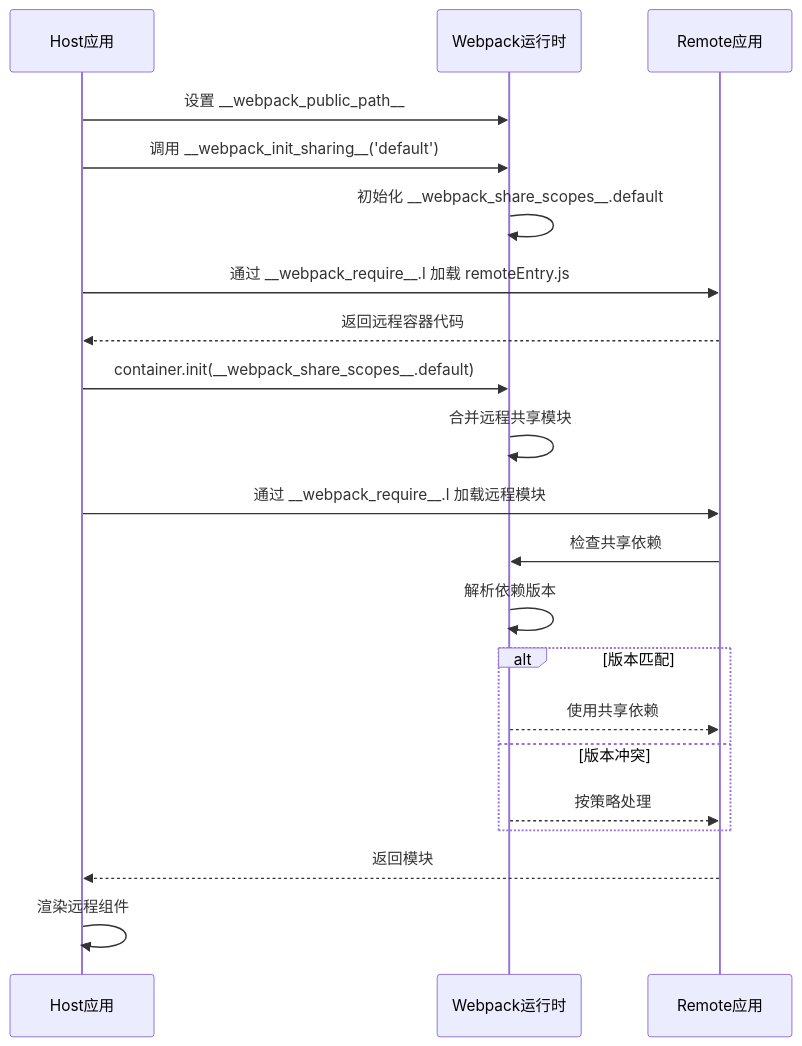
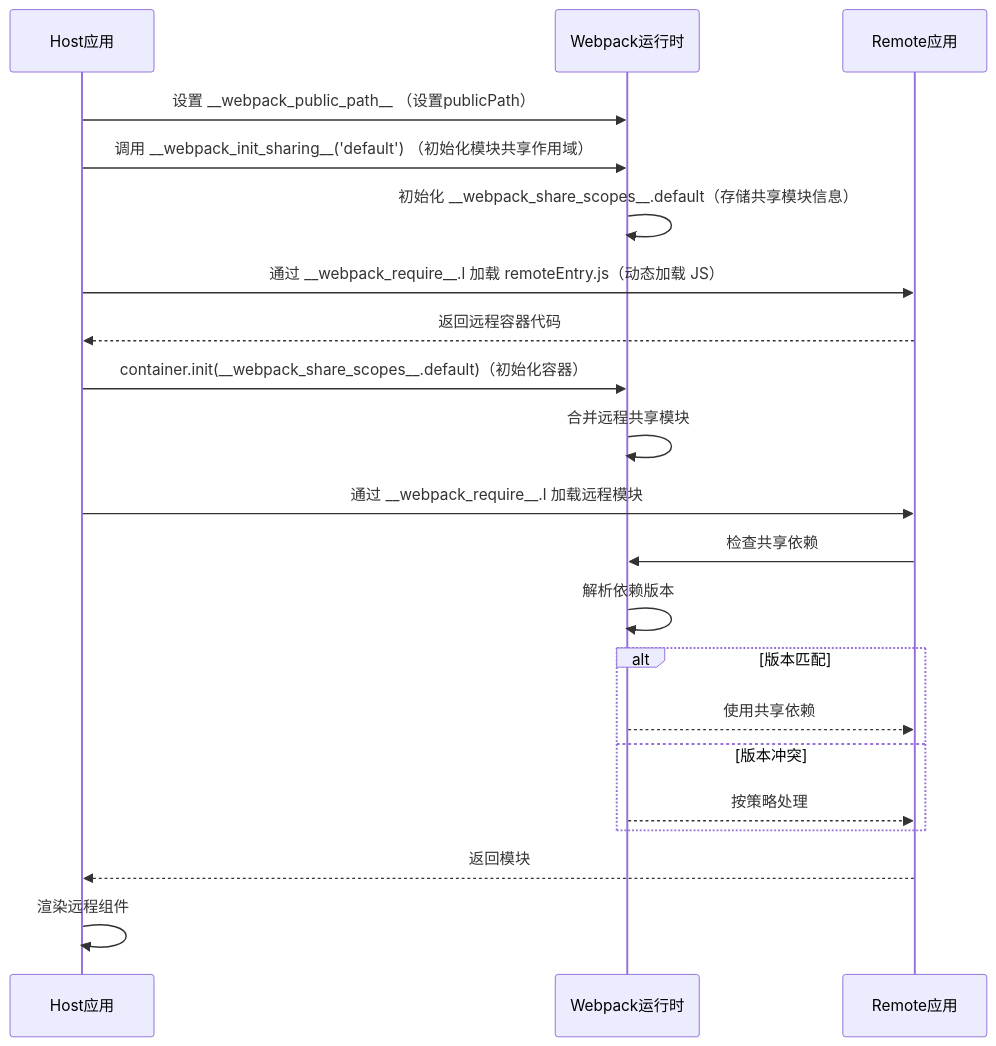
One commit to ZSY1373798806/front-end-learning-notes changed the first of 8 diagrams in 19.微前端.md. Above: the diagram before and after it, drawn with Mermaid. The commit also changed other lines of this file and 15 other files, not shown here.

````diff
--- a/19.微前端.md
+++ b/19.微前端.md
@@ -232,24 +251,24 @@
   ```mermaid
   sequenceDiagram
       participant H as Host应用
       participant W as Webpack运行时
       participant R as Remote应用
       
-      H->>W: 设置 __webpack_public_path__
-      H->>W: 调用 __webpack_init_sharing__('default')
-      W->>W: 初始化 __webpack_share_scopes__.default
-      H->>R: 通过 __webpack_require__.l 加载 remoteEntry.js
+      H->>W: 设置 __webpack_public_path__ （设置publicPath）
+      H->>W: 调用 __webpack_init_sharing__('default') （初始化模块共享作用域）
+      W->>W: 初始化 __webpack_share_scopes__.default（存储共享模块信息）
+      H->>R: 通过 __webpack_require__.l 加载 remoteEntry.js（动态加载 JS）
       R-->>H: 返回远程容器代码
-      H->>W: container.init(__webpack_share_scopes__.default)
+      H->>W: container.init(__webpack_share_scopes__.default)（初始化容器）
       W->>W: 合并远程共享模块
       H->>R: 通过 __webpack_require__.l 加载远程模块
       R->>W: 检查共享依赖
       W->>W: 解析依赖版本
       alt 版本匹配
           W-->>R: 使用共享依赖
       else 版本冲突
           W-->>R: 按策略处理
       end
       R-->>H: 返回模块
       H->>H: 渲染远程组件
   ```
````
